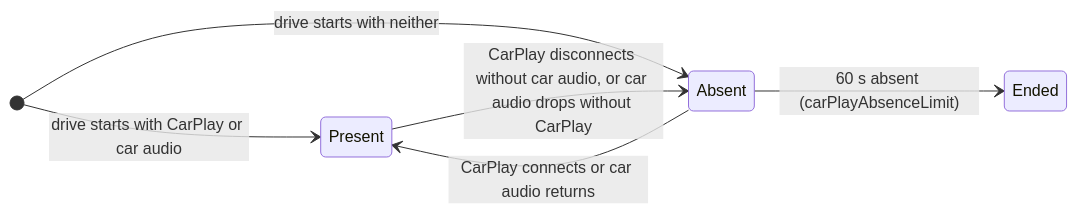
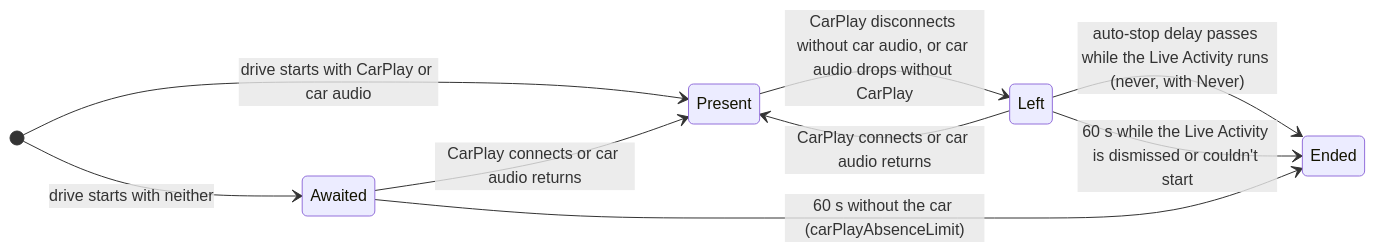
Before and after one commit to lunchbox-labs/Compasslet: the fourth of 9 diagrams in wiki/Developer-State-Machines.md, drawn with Mermaid. The commit also changed other lines of this file and 20 other files, not shown here.

Commit message:
Add refresh rate and auto-stop settings for the Live Activity (#335)

````diff
--- a/wiki/Developer-State-Machines.md
+++ b/wiki/Developer-State-Machines.md
@@ -195,9 +199,12 @@
 ```mermaid
 stateDiagram-v2
     direction LR
     [*] --> Present: drive starts with CarPlay or car audio
-    [*] --> Absent: drive starts with neither
-    Present --> Absent: CarPlay disconnects without car audio, or car audio drops without CarPlay
-    Absent --> Present: CarPlay connects or car audio returns
-    Absent --> Ended: 60 s absent (carPlayAbsenceLimit)
+    [*] --> Awaited: drive starts with neither
+    Awaited --> Present: CarPlay connects or car audio returns
+    Awaited --> Ended: 60 s without the car (carPlayAbsenceLimit)
+    Present --> Left: CarPlay disconnects without car audio, or car audio drops without CarPlay
+    Left --> Present: CarPlay connects or car audio returns
+    Left --> Ended: auto-stop delay passes while the Live Activity runs (never, with Never)
+    Left --> Ended: 60 s while the Live Activity is dismissed or couldn't start
 ```
````
